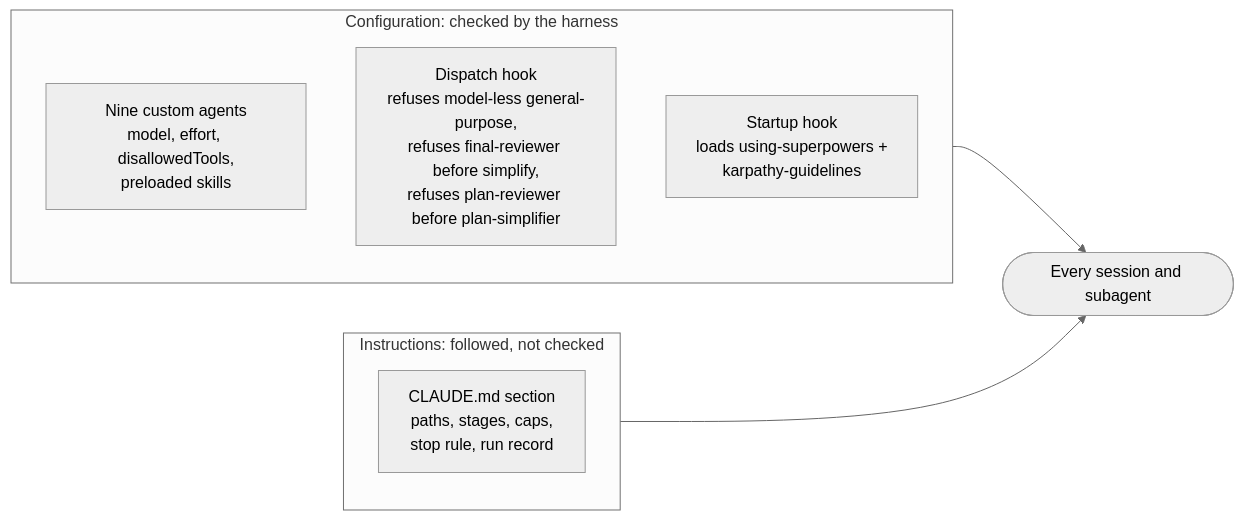
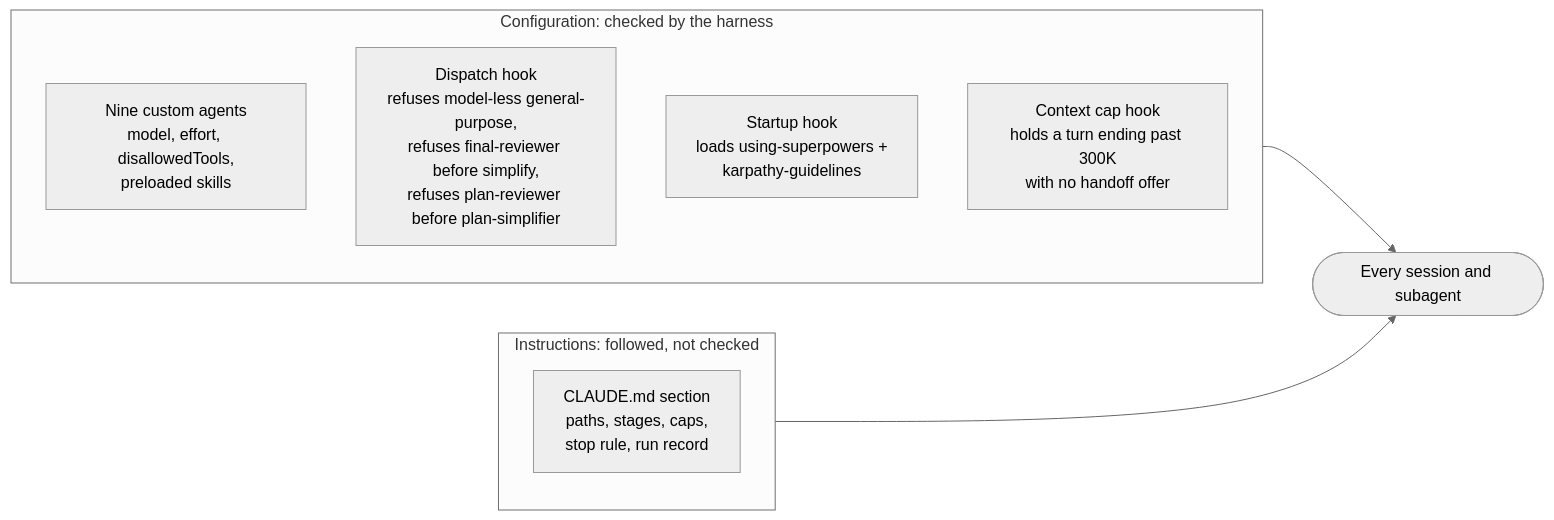
The fourth of 4 diagrams in README.md (shoklah/claude-workflow-template), drawn with Mermaid (neutral theme) before and after one commit. The commit also changed other lines of this file and 9 other files, not shown here.

````diff
--- a/README.md
+++ b/README.md
@@ -159,13 +159,14 @@
 ```mermaid
 flowchart LR
     subgraph CFG ["Configuration: checked by the harness"]
         AG["Nine custom agents<br/>model, effort, disallowedTools,<br/>preloaded skills"]
         DH["Dispatch hook<br/>refuses model-less general-purpose,<br/>refuses final-reviewer before simplify,<br/>refuses plan-reviewer before plan-simplifier"]
         SH["Startup hook<br/>loads using-superpowers +<br/>karpathy-guidelines"]
+        CH["Context cap hook<br/>holds a turn ending past 300K<br/>with no handoff offer"]
     end
     subgraph INS ["Instructions: followed, not checked"]
         MD["CLAUDE.md section<br/>paths, stages, caps,<br/>stop rule, run record"]
     end
     CFG --> W([Every session and subagent])
     INS --> W
 ```
````
